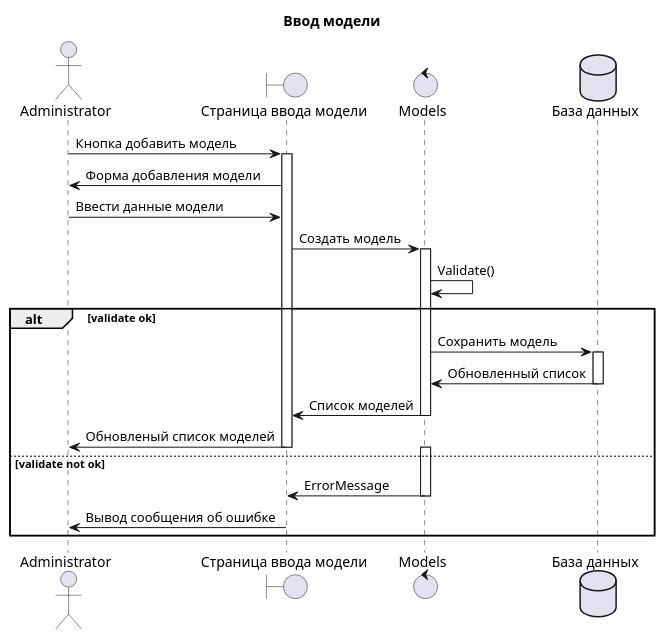
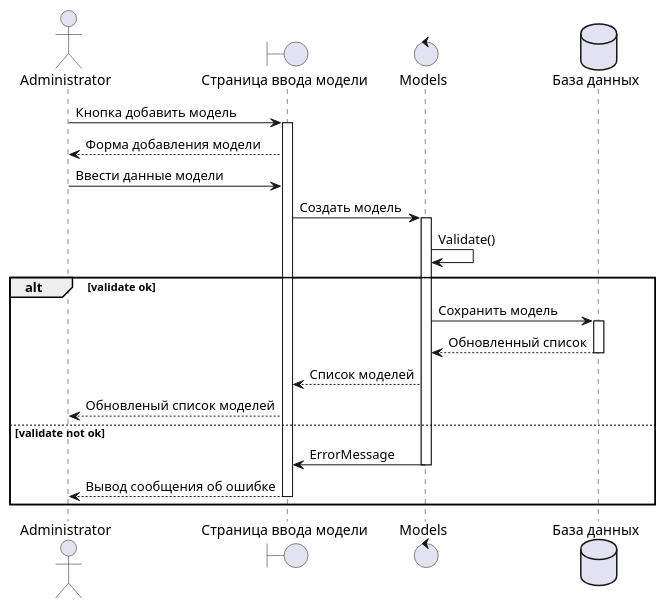
Before and after one commit to gtcoda/ARAS: the diagram in web/uml/models.puml, drawn with PlantUML. The commit also changed 10 other files, not shown here.

Commit message:
Доделал диаграммы последовательности

```diff
--- a/web/uml/models.puml
+++ b/web/uml/models.puml
@@ -1,42 +1,38 @@
 @startuml
-title Ввод модели
 actor "Administrator" as User
 boundary "Страница ввода модели" as Page
 control "Models" as Models
 database "База данных" as DB
 
-User -> Page : Кнопка добавить модель
-activate Page
-Page -> User : Форма добавления модели
+User -> Page ++ : Кнопка добавить модель
+
+User <-- Page : Форма добавления модели
 User -> Page : Ввести данные модели
 
-Page->Models : Создать модель
-activate Models
-Models->Models : Validate()
+Page-> Models ++ : Создать модель
+
+Models-> Models : Validate()
 
 alt validate ok
+ 
+    Models-> DB ++: Сохранить модель
 
-    Models->DB : Сохранить модель
+    Models <-- DB -- : Обновленный список
 
-    activate DB
-    DB->Models : Обновленный список
-    deactivate DB
+    Page <-- Models : Список моделей
+    
+    User <-- Page  : Обновленый список моделей
 
-    Models -> Page : Список моделей
-    deactivate Models
-    Page -> User : Обновленый список моделей
-    deactivate Page
 
 else validate not ok
-    activate Models
-    Models -> Page : ErrorMessage
-    deactivate Models
-    Page -> User : Вывод сообщения об ошибке
+    
+    Page <- Models -- : ErrorMessage
+    User <-- Page -- : Вывод сообщения об ошибке
 
 end
 
 
 
 
 
 @enduml
```
